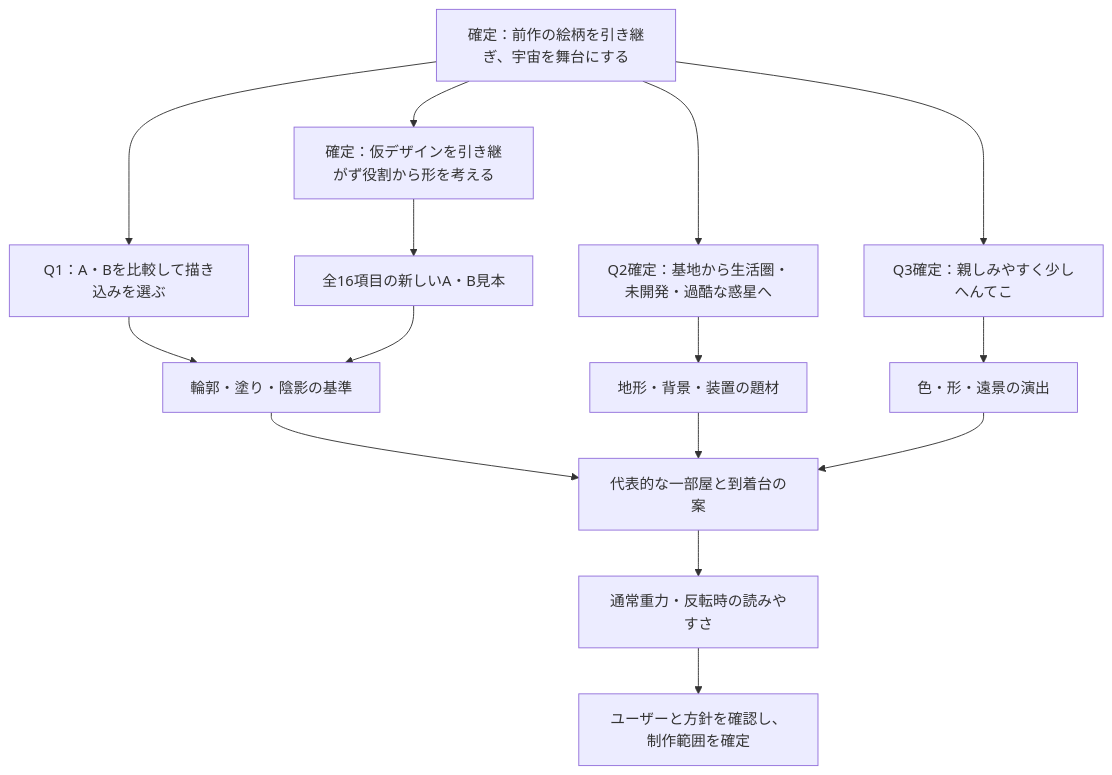
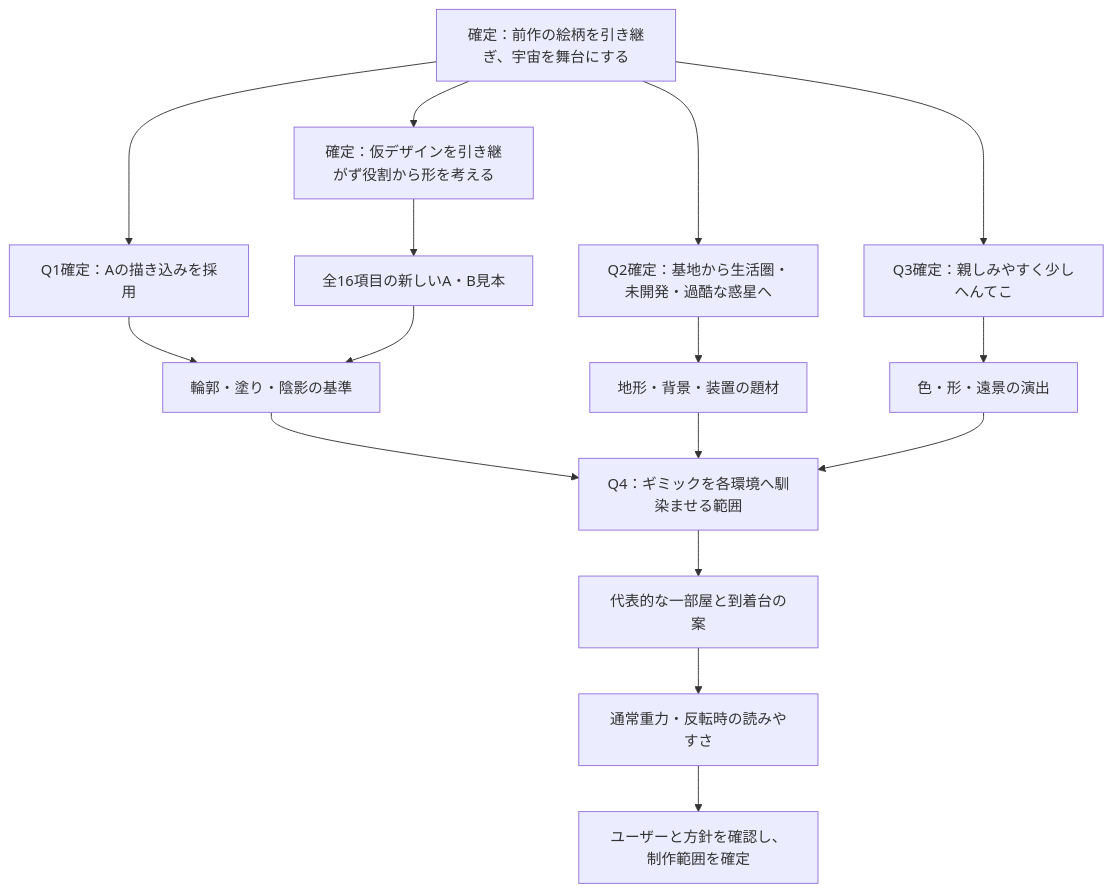
The diagram in docs/art-direction.md (Foxy-null/2d-space), drawn with Mermaid before and after one commit. The commit also changed other lines of this file and 1 other file, not shown here.

````diff
--- a/docs/art-direction.md
+++ b/docs/art-direction.md
@@ -86,17 +86,18 @@
 ```mermaid
 flowchart TD
-    A[確定：前作の絵柄を引き継ぎ、宇宙を舞台にする] --> Q1[Q1：A・Bを比較して描き込みを選ぶ]
+    A[確定：前作の絵柄を引き継ぎ、宇宙を舞台にする] --> Q1[Q1確定：Aの描き込みを採用]
     A --> Q2[Q2確定：基地から生活圏・未開発・過酷な惑星へ]
     A --> Q3[Q3確定：親しみやすく少しへんてこ]
     Q1 --> B[輪郭・塗り・陰影の基準]
     A --> H[確定：仮デザインを引き継がず役割から形を考える]
     H --> I[全16項目の新しいA・B見本]
     I --> B
     Q2 --> C[地形・背景・装置の題材]
     Q3 --> D[色・形・遠景の演出]
-    B --> E[代表的な一部屋と到着台の案]
-    C --> E
-    D --> E
+    B --> Q4[Q4：ギミックを各環境へ馴染ませる範囲]
+    C --> Q4
+    D --> Q4
+    Q4 --> E[代表的な一部屋と到着台の案]
     E --> F[通常重力・反転時の読みやすさ]
     F --> G[ユーザーと方針を確認し、制作範囲を確定]
 ```
````
